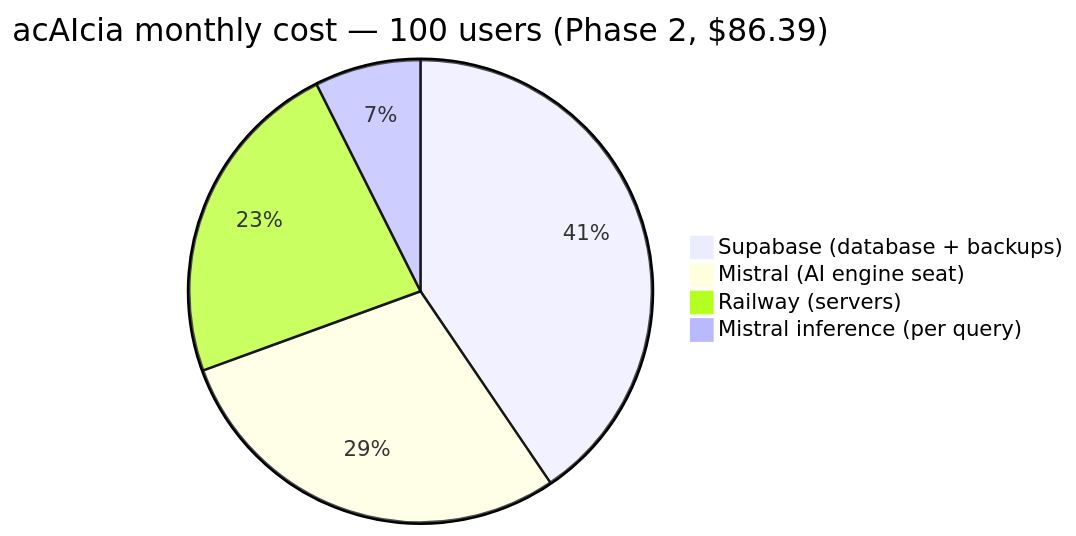
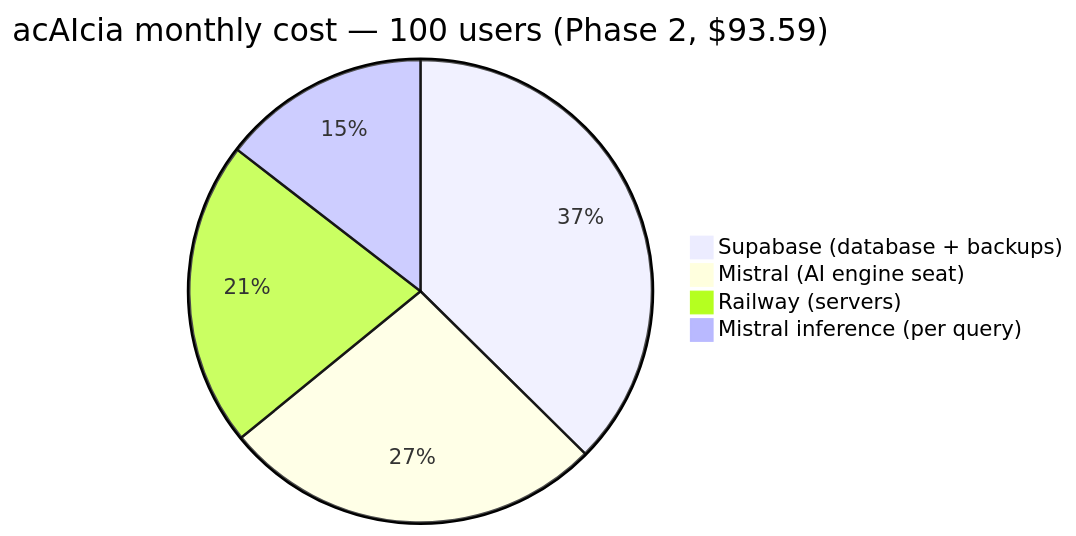
One commit to BongweKE/acAIcia changed the first of 4 diagrams in docs/cost_model.md. Above: the diagram before and after it, drawn with Mermaid. The commit also changed other lines of this file, not shown here.

First line of the commit message:
docs(cost): correct inference estimates from live probes; add upgrades + cost-driver analysis

````diff
--- a/docs/cost_model.md
+++ b/docs/cost_model.md
@@ -28,7 +26,7 @@
 ```mermaid
-pie title acAIcia monthly cost — 100 users (Phase 2, $86.39)
+pie title acAIcia monthly cost — 100 users (Phase 2, $93.59)
     "Supabase (database + backups)" : 35.00
     "Mistral (AI engine seat)" : 24.99
     "Railway (servers)" : 20.00
-    "Mistral inference (per query)" : 6.40
+    "Mistral inference (per query)" : 13.60
 ```
````
